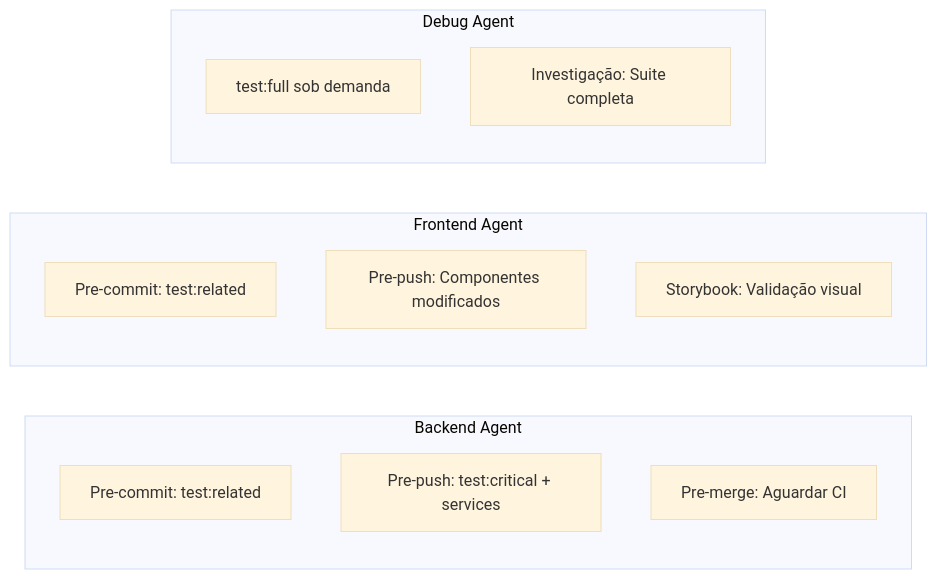
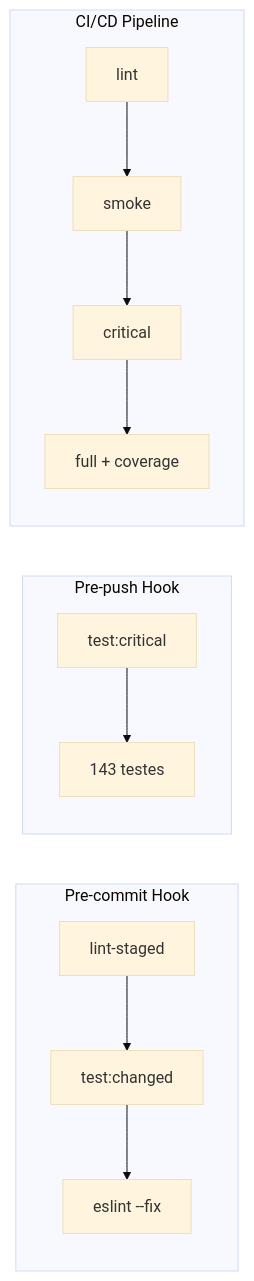
One commit to coelhotv/dosiq changed the third of 4 diagrams in docs/OTIMIZACAO_TESTES_ESTRATEGIA.md. Above: the diagram before and after it, drawn with Mermaid (base theme). The commit also changed other lines of this file and 2 other files, not shown here.

````diff
--- a/docs/OTIMIZACAO_TESTES_ESTRATEGIA.md
+++ b/docs/OTIMIZACAO_TESTES_ESTRATEGIA.md
@@ -536,19 +497,17 @@
 ```mermaid
 flowchart LR
-    subgraph Backend[Backend Agent]
-        B1[Pre-commit: test:related]
-        B2[Pre-push: test:critical + services]
-        B3[Pre-merge: Aguardar CI]
+    subgraph PreCommit[Pre-commit Hook]
+        A[lint-staged] --> B[test:changed]
+        B --> C[eslint --fix]
     end
     
-    subgraph Frontend[Frontend Agent]
-        F1[Pre-commit: test:related]
-        F2[Pre-push: Componentes modificados]
-        F3[Storybook: Validação visual]
+    subgraph PrePush[Pre-push Hook]
+        D[test:critical] --> E[143 testes]
     end
     
-    subgraph Debug[Debug Agent]
-        D1[test:full sob demanda]
-        D2[Investigação: Suite completa]
+    subgraph CI[CI/CD Pipeline]
+        F[lint] --> G[smoke]
+        G --> H[critical]
+        H --> I[full + coverage]
     end
 ```
````
